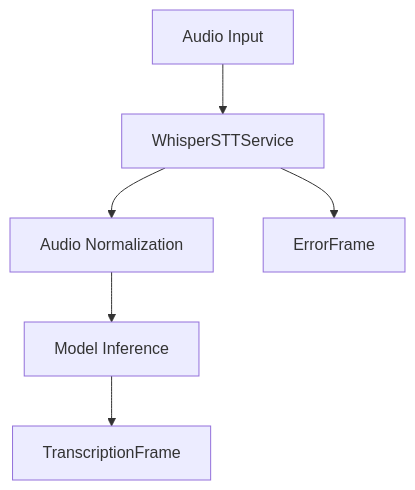
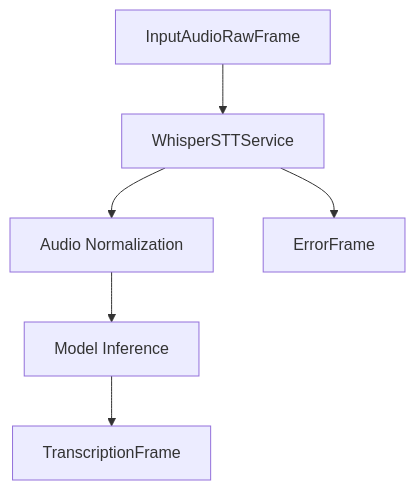
One commit to pipecat-ai/docs changed the diagram in api-reference/services/stt/whisper.mdx. Above: the diagram before and after it, drawn with Mermaid. The commit also changed 25 other files, not shown here.

Commit message:
Clean up Frame Flow diagrams

````diff
--- a/api-reference/services/stt/whisper.mdx
+++ b/api-reference/services/stt/whisper.mdx
@@ -120,8 +120,8 @@
 ```mermaid
 graph TD
-    A[Audio Input] --> B[WhisperSTTService]
+    A[InputAudioRawFrame] --> B[WhisperSTTService]
     B --> C[Audio Normalization]
     C --> D[Model Inference]
     D --> E[TranscriptionFrame]
     B --> F[ErrorFrame]
 ```
````
